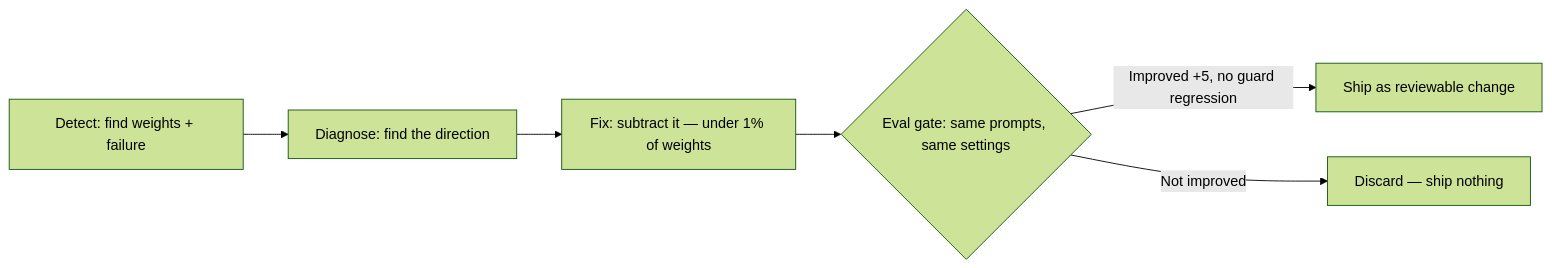
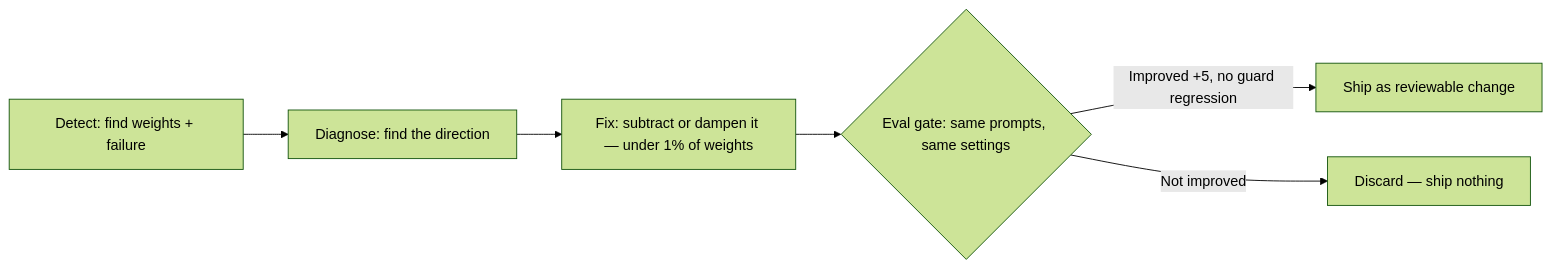
Before and after one commit to AuremHQ/weight-space-programming: the first of 2 diagrams in README.md, drawn with Mermaid (forest theme). The commit also changed other lines of this file and 3 other files, not shown here.

````diff
--- a/README.md
+++ b/README.md
@@ -88,8 +89,8 @@
 ```mermaid
 flowchart LR
     A[Detect: find weights + failure] --> B[Diagnose: find the direction]
-    B --> C[Fix: subtract it — under 1% of weights]
+    B --> C[Fix: subtract or dampen it — under 1% of weights]
     C --> D{Eval gate: same prompts, same settings}
     D -->|Improved +5, no guard regression| E[Ship as reviewable change]
     D -->|Not improved| F[Discard — ship nothing]
 ```
````
